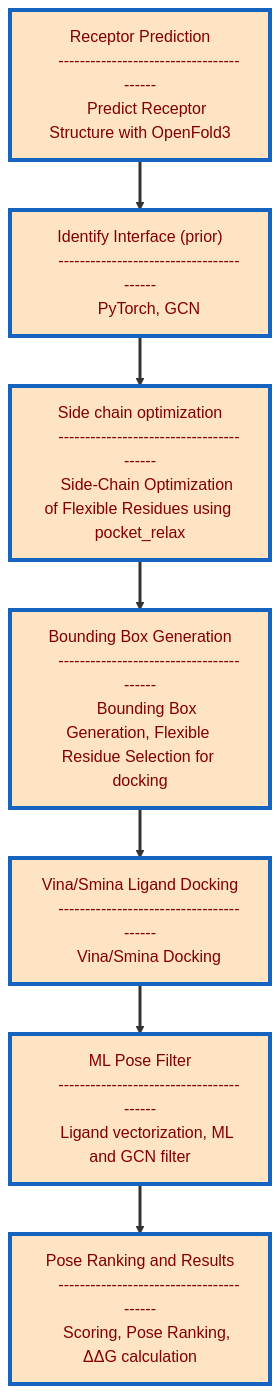
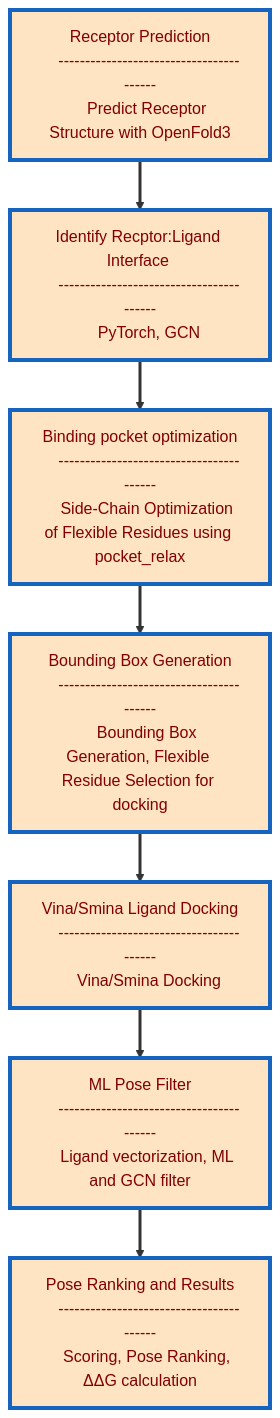
Before and after one commit to nicolemariepaterson/dokken: the diagram in README.md, drawn with Mermaid.

````diff
--- a/README.md
+++ b/README.md
@@ -37,55 +37,55 @@
 ```mermaid
 flowchart TB
 
     %% Large vertical layout
 
     A[" 
     Receptor Prediction
     ----------------------------------------
     Predict Receptor Structure with OpenFold3
     "]
 
     B[" 
-    Identify Interface (prior)
+    Identify Recptor:Ligand Interface 
     ----------------------------------------
     PyTorch, GCN
     "]
 
     C[" 
-    Side chain optimization
+    Binding pocket optimization
     ----------------------------------------
     Side-Chain Optimization of Flexible Residues using pocket_relax
     "]
 
     D[" 
     Bounding Box Generation
     ----------------------------------------
     Bounding Box Generation, Flexible Residue Selection for docking
     "]
 
     E[" 
     Vina/Smina Ligand Docking
     ----------------------------------------
     Vina/Smina Docking
     "]
 
     F[" 
     ML Pose Filter
     ----------------------------------------
     Ligand vectorization, ML and GCN filter
     "]
 
     G[" 
     Pose Ranking and Results
     ----------------------------------------
     Scoring, Pose Ranking, ΔΔG calculation
     "]
 
     A --> B --> C --> D --> E --> F --> G
 
     %% Styling
     classDef big fill:#FFE4C4,stroke:#1565C0,stroke-width:4px,color:#800000;
     class A,B,C,D,E,F,G,H big;
 
     linkStyle default stroke-width:3px
 ```
````
